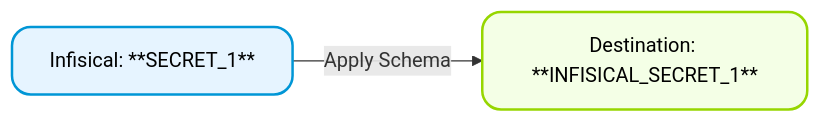
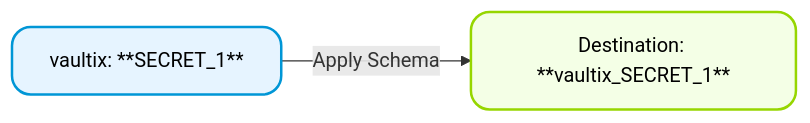
Before and after one commit to shippinAI/vaultix: the second of 2 diagrams in core/docs/integrations/secret-syncs/overview.mdx, drawn with Mermaid. The commit also changed other lines of this file and 1202 other files, not shown here.

````diff
--- a/core/docs/integrations/secret-syncs/overview.mdx
+++ b/core/docs/integrations/secret-syncs/overview.mdx
@@ -110,6 +110,6 @@
     ```mermaid
     graph LR
-      A[Infisical: **SECRET_1**] -->|Apply Schema| B[Destination: **INFISICAL_SECRET_1**]
+      A[vaultix: **SECRET_1**] -->|Apply Schema| B[Destination: **vaultix_SECRET_1**]
       style B fill:#F4FFE6,stroke:#96D600,stroke-width:2px,color:black,rx:15px
       style A fill:#E6F4FF,stroke:#0096D6,stroke-width:2px,color:black,rx:15px
     ```
````
